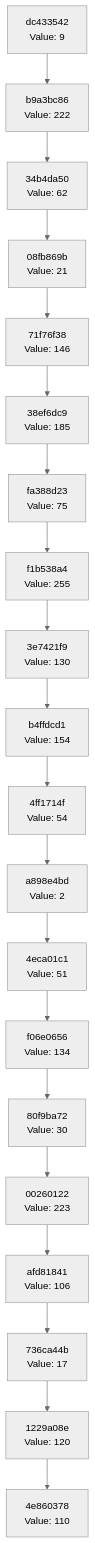
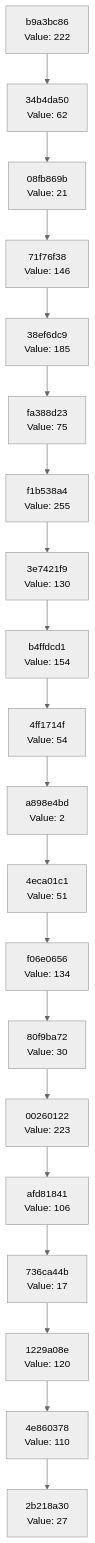
The diagram in docs/CHAIN_VISUALIZATION.md (Abhisheksinha1506/hash-chain-evolver), drawn with Mermaid (neutral theme) before and after one commit. The commit also changed 2 other files, not shown here.

Commit message:
Evolution Step

````diff
--- a/docs/CHAIN_VISUALIZATION.md
+++ b/docs/CHAIN_VISUALIZATION.md
@@ -3,42 +3,42 @@
 ```mermaid
 graph TD
-    C0["4e860378<br/>Value: 110"]
-    C1["1229a08e<br/>Value: 120"]
+    C0["2b218a30<br/>Value: 27"]
+    C1["4e860378<br/>Value: 110"]
     C1 --> C0
-    C2["736ca44b<br/>Value: 17"]
+    C2["1229a08e<br/>Value: 120"]
     C2 --> C1
-    C3["afd81841<br/>Value: 106"]
+    C3["736ca44b<br/>Value: 17"]
     C3 --> C2
-    C4["00260122<br/>Value: 223"]
+    C4["afd81841<br/>Value: 106"]
     C4 --> C3
-    C5["80f9ba72<br/>Value: 30"]
+    C5["00260122<br/>Value: 223"]
     C5 --> C4
-    C6["f06e0656<br/>Value: 134"]
+    C6["80f9ba72<br/>Value: 30"]
     C6 --> C5
-    C7["4eca01c1<br/>Value: 51"]
+    C7["f06e0656<br/>Value: 134"]
     C7 --> C6
-    C8["a898e4bd<br/>Value: 2"]
+    C8["4eca01c1<br/>Value: 51"]
     C8 --> C7
-    C9["4ff1714f<br/>Value: 54"]
+    C9["a898e4bd<br/>Value: 2"]
     C9 --> C8
-    C10["b4ffdcd1<br/>Value: 154"]
+    C10["4ff1714f<br/>Value: 54"]
     C10 --> C9
-    C11["3e7421f9<br/>Value: 130"]
+    C11["b4ffdcd1<br/>Value: 154"]
     C11 --> C10
-    C12["f1b538a4<br/>Value: 255"]
+    C12["3e7421f9<br/>Value: 130"]
     C12 --> C11
-    C13["fa388d23<br/>Value: 75"]
+    C13["f1b538a4<br/>Value: 255"]
     C13 --> C12
-    C14["38ef6dc9<br/>Value: 185"]
+    C14["fa388d23<br/>Value: 75"]
     C14 --> C13
-    C15["71f76f38<br/>Value: 146"]
+    C15["38ef6dc9<br/>Value: 185"]
     C15 --> C14
-    C16["08fb869b<br/>Value: 21"]
+    C16["71f76f38<br/>Value: 146"]
     C16 --> C15
-    C17["34b4da50<br/>Value: 62"]
+    C17["08fb869b<br/>Value: 21"]
     C17 --> C16
-    C18["b9a3bc86<br/>Value: 222"]
+    C18["34b4da50<br/>Value: 62"]
     C18 --> C17
-    C19["dc433542<br/>Value: 9"]
+    C19["b9a3bc86<br/>Value: 222"]
     C19 --> C18
 ```
````
